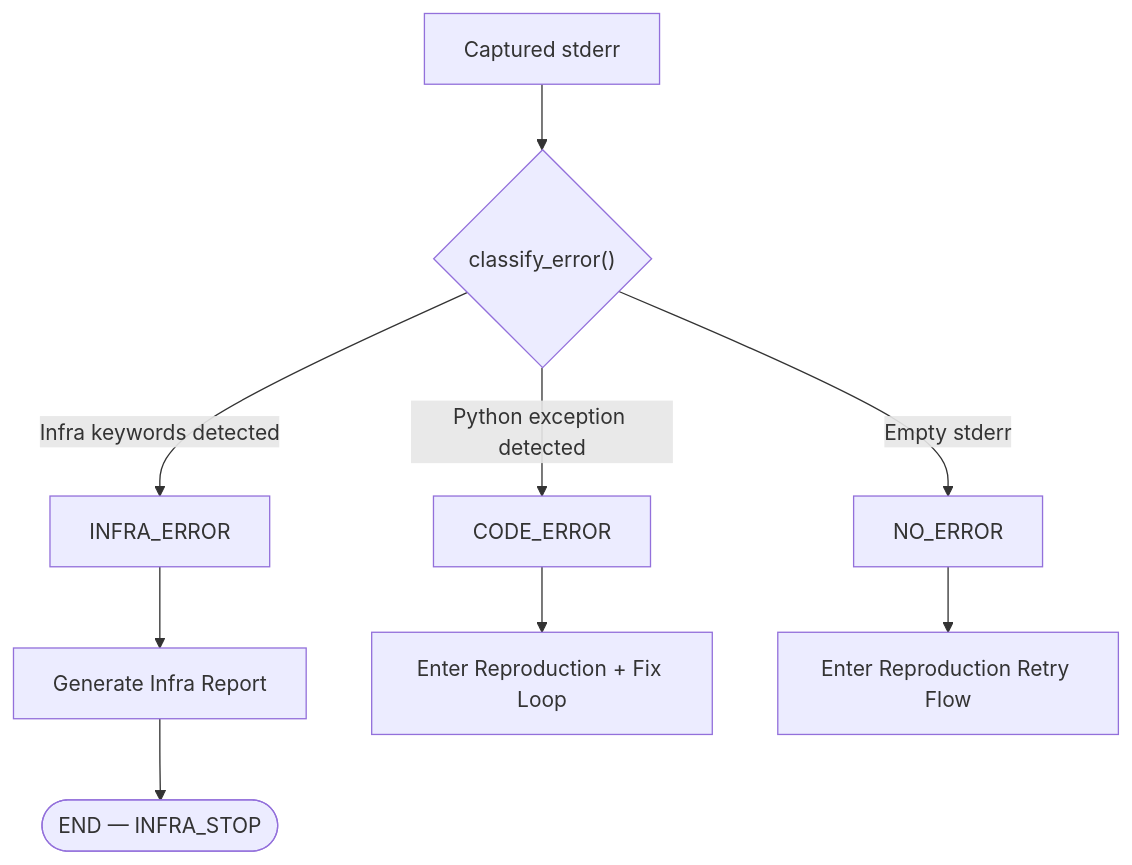
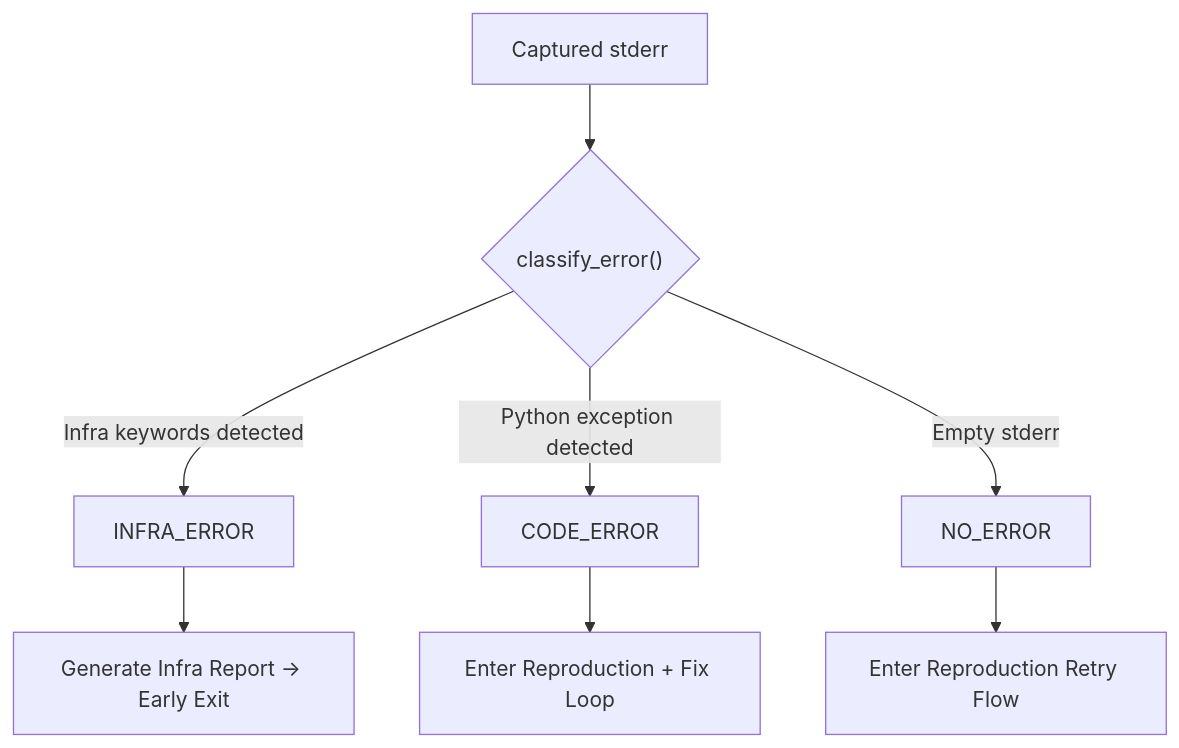
Before and after one commit to AmanKushwaha-17/OPSGUARD: the third of 3 diagrams in README.md, drawn with Mermaid. The commit also changed other lines of this file and 7 other files, not shown here.

````diff
--- a/README.md
+++ b/README.md
@@ -64,14 +134,12 @@
 ```mermaid
 flowchart TD
     STDERR["Captured stderr"] --> CLASSIFY{"classify_error()"}
 
     CLASSIFY -->|"Infra keywords detected"| INFRA["INFRA_ERROR"]
     CLASSIFY -->|"Python exception detected"| CODE["CODE_ERROR"]
     CLASSIFY -->|"Empty stderr"| NONE["NO_ERROR"]
 
-    INFRA --> INFRA_REPORT["Generate Infra Report"]
-    INFRA_REPORT --> END_INFRA(["END — INFRA_STOP"])
-
+    INFRA --> INFRA_REPORT["Generate Infra Report → Early Exit"]
     CODE --> REPRO["Enter Reproduction + Fix Loop"]
     NONE --> RETRY["Enter Reproduction Retry Flow"]
 ```
````
